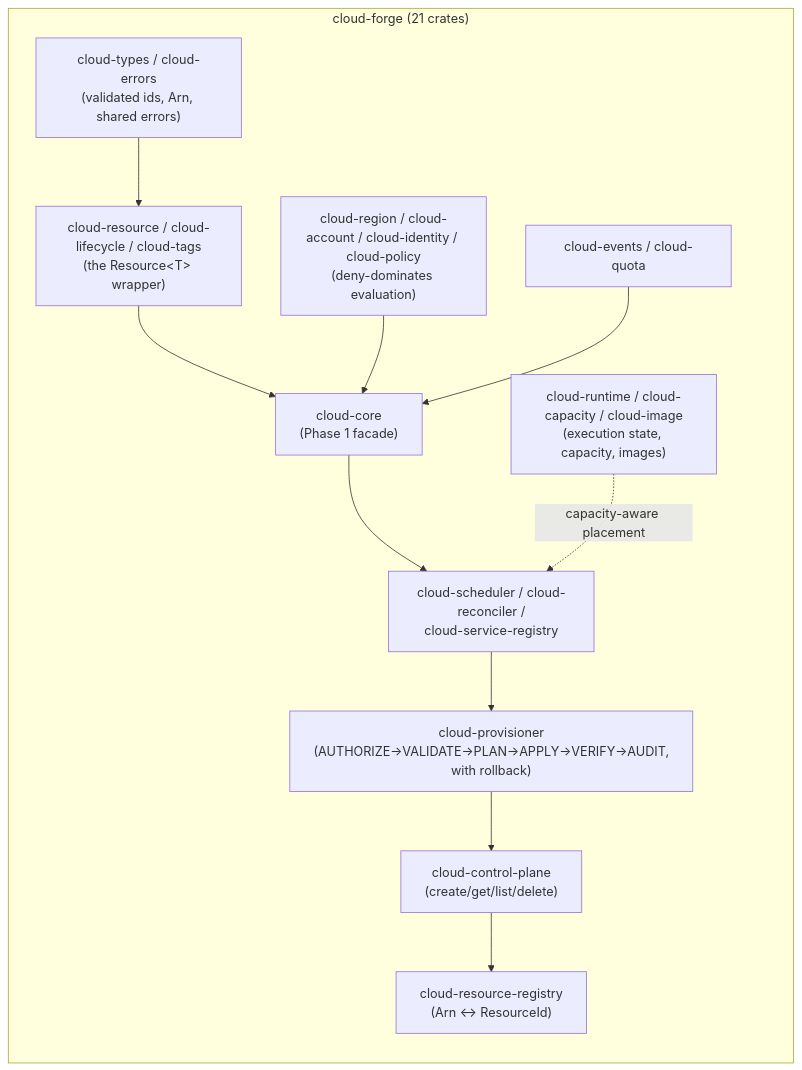
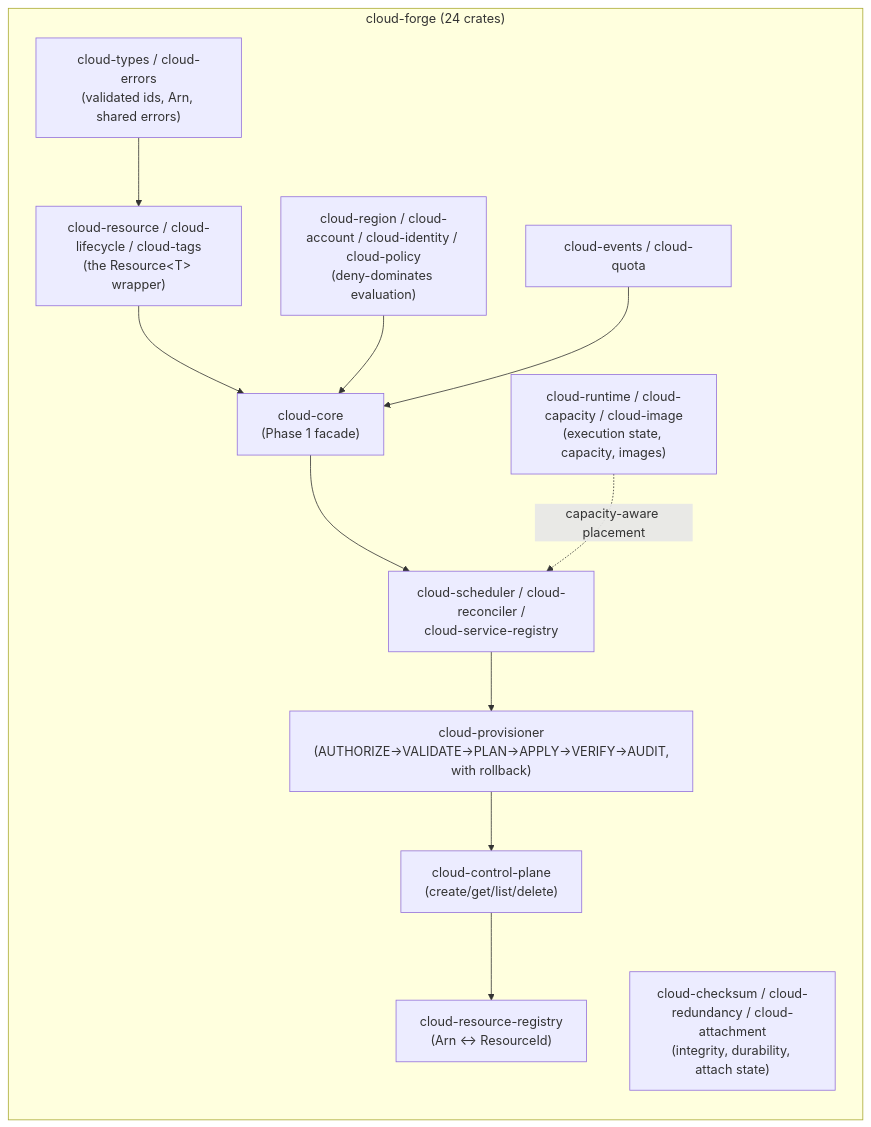
Before and after one commit to SNAPKITTYAGENT9NOVA/tlm-jxcl-forge: the fifth of 5 diagrams in README.md, drawn with Mermaid. The commit also changed other lines of this file and 9 other files, not shown here.

First line of the commit message:
cloud-forge: Phase 5, storage primitives

````diff
--- a/README.md
+++ b/README.md
@@ -402,22 +403,23 @@
 ```mermaid
 flowchart LR
-    subgraph cf["cloud-forge (21 crates)"]
+    subgraph cf["cloud-forge (24 crates)"]
         direction TB
         types["cloud-types / cloud-errors<br/>(validated ids, Arn, shared errors)"]
         model["cloud-resource / cloud-lifecycle / cloud-tags<br/>(the Resource&lt;T&gt; wrapper)"]
         access["cloud-region / cloud-account / cloud-identity / cloud-policy<br/>(deny-dominates evaluation)"]
         ops["cloud-events / cloud-quota"]
         core["cloud-core<br/>(Phase 1 facade)"]
         control["cloud-scheduler / cloud-reconciler /<br/>cloud-service-registry"]
         pipeline["cloud-provisioner<br/>(AUTHORIZE→VALIDATE→PLAN→APPLY→VERIFY→AUDIT,<br/>with rollback)"]
         plane["cloud-control-plane<br/>(create/get/list/delete)"]
         names["cloud-resource-registry<br/>(Arn ↔ ResourceId)"]
         compute["cloud-runtime / cloud-capacity / cloud-image<br/>(execution state, capacity, images)"]
+        storage["cloud-checksum / cloud-redundancy / cloud-attachment<br/>(integrity, durability, attach state)"]
         types --> model --> core
         access --> core
         ops --> core
         core --> control --> pipeline --> plane
         plane --> names
         compute -.capacity-aware placement.-> control
     end
 ```
````
